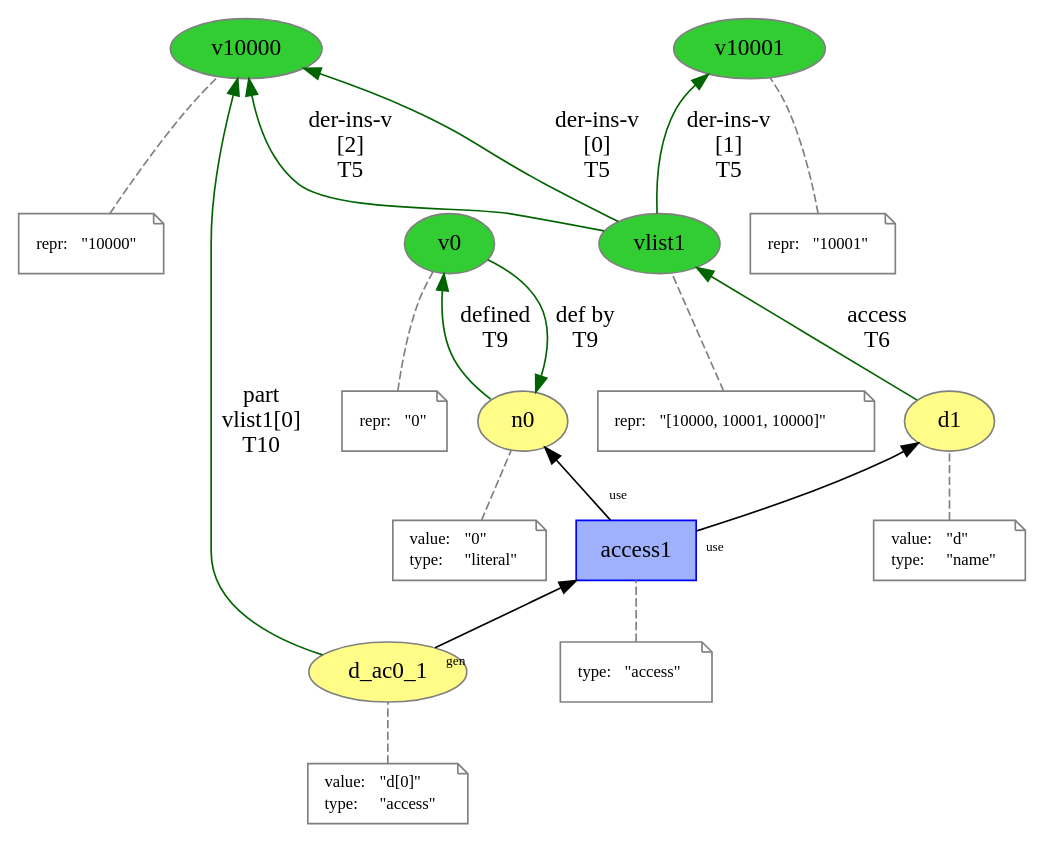
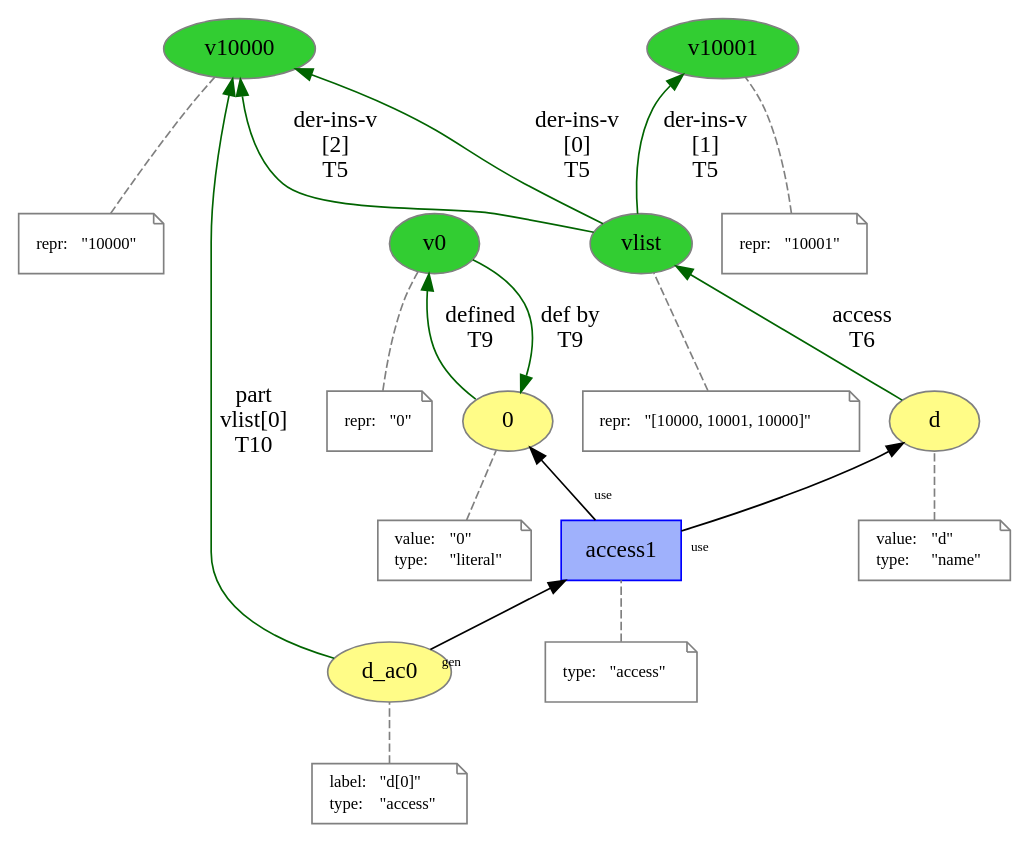
One commit to dew-uff/versioned-prov changed the diagram in mutable_prov/access.dot. Above: the diagram before and after it, drawn with Graphviz. The commit also changed 46 other files, not shown here.

```diff
--- a/mutable_prov/access.dot
+++ b/mutable_prov/access.dot
@@ -1,99 +1,99 @@
 digraph "PROV" { size="16,12"; rankdir="BT";
-"http://example.org/vlist1" [fillcolor="#32CD32",color="#808080",style="filled",label="vlist1",URL="http://example.org/vlist1"]
+"http://example.org/vlist" [fillcolor="#32CD32",color="#808080",style="filled",label="vlist",URL="http://example.org/vlist"]
 "-attrs0" [color="gray",shape="note",fontsize="10",fontcolor="black",label=<<TABLE cellpadding="0" border="0">
 	<TR>
 	    <TD align="left">repr:</TD>
 	    <TD align="left">&quot;[10000, 10001, 10000]&quot;</TD>
 	</TR>
 </TABLE>>]
-"-attrs0" -> "http://example.org/vlist1" [color="gray",style="dashed",arrowhead="none"]
+"-attrs0" -> "http://example.org/vlist" [color="gray",style="dashed",arrowhead="none"]
 "http://example.org/v10000" [fillcolor="#32CD32",color="#808080",style="filled",label="v10000",URL="http://example.org/v10000"]
 "-attrs1" [color="gray",shape="note",fontsize="10",fontcolor="black",label=<<TABLE cellpadding="0" border="0">
 	<TR>
 	    <TD align="left">repr:</TD>
 	    <TD align="left">&quot;10000&quot;</TD>
 	</TR>
 </TABLE>>]
 "-attrs1" -> "http://example.org/v10000" [color="gray",style="dashed",arrowhead="none"]
 "http://example.org/v10001" [fillcolor="#32CD32",color="#808080",style="filled",label="v10001",URL="http://example.org/v10001"]
 "-attrs2" [color="gray",shape="note",fontsize="10",fontcolor="black",label=<<TABLE cellpadding="0" border="0">
 	<TR>
 	    <TD align="left">repr:</TD>
 	    <TD align="left">&quot;10001&quot;</TD>
 	</TR>
 </TABLE>>]
 "-attrs2" -> "http://example.org/v10001" [color="gray",style="dashed",arrowhead="none"]
-"http://example.org/vlist1" -> "http://example.org/v10000" [labelfontsize="8",labeldistance="1.5",color="darkgreen",labelangle="60.0",rotation="20",label="der-ins-v
+"http://example.org/vlist" -> "http://example.org/v10000" [labelfontsize="8",labeldistance="1.5",color="darkgreen",labelangle="60.0",rotation="20",label="der-ins-v
 [0]
 T5"]
-"http://example.org/vlist1" -> "http://example.org/v10001" [labelfontsize="8",labeldistance="1.5",color="darkgreen",labelangle="60.0",rotation="20",label="der-ins-v
+"http://example.org/vlist" -> "http://example.org/v10001" [labelfontsize="8",labeldistance="1.5",color="darkgreen",labelangle="60.0",rotation="20",label="der-ins-v
 [1]
 T5"]
-"http://example.org/vlist1" -> "http://example.org/v10000" [labelfontsize="8",labeldistance="1.5",color="darkgreen",labelangle="60.0",rotation="20",label="der-ins-v
+"http://example.org/vlist" -> "http://example.org/v10000" [labelfontsize="8",labeldistance="1.5",color="darkgreen",labelangle="60.0",rotation="20",label="der-ins-v
 [2]
 T5"]
-"http://example.org/d1" [fillcolor="#FFFC87",color="#808080",style="filled",label="d1",URL="http://example.org/d1"]
+"http://example.org/d" [fillcolor="#FFFC87",color="#808080",style="filled",label="d",URL="http://example.org/d"]
 "-attrs3" [color="gray",shape="note",fontsize="10",fontcolor="black",label=<<TABLE cellpadding="0" border="0">
 	<TR>
 	    <TD align="left">value:</TD>
 	    <TD align="left">&quot;d&quot;</TD>
 	</TR>
 	<TR>
 	    <TD align="left">type:</TD>
 	    <TD align="left">&quot;name&quot;</TD>
 	</TR>
 </TABLE>>]
-"-attrs3" -> "http://example.org/d1" [color="gray",style="dashed",arrowhead="none"]
-"http://example.org/d1" -> "http://example.org/vlist1" [labelfontsize="8",labeldistance="1.5",color="darkgreen",labelangle="60.0",rotation="20",label="access
+"-attrs3" -> "http://example.org/d" [color="gray",style="dashed",arrowhead="none"]
+"http://example.org/d" -> "http://example.org/vlist" [labelfontsize="8",labeldistance="1.5",color="darkgreen",labelangle="60.0",rotation="20",label="access
 T6"]
-"http://example.org/n0" [fillcolor="#FFFC87",color="#808080",style="filled",label="n0",URL="http://example.org/n0"]
+"http://example.org/0" [fillcolor="#FFFC87",color="#808080",style="filled",label="0",URL="http://example.org/0"]
 "-attrs4" [color="gray",shape="note",fontsize="10",fontcolor="black",label=<<TABLE cellpadding="0" border="0">
 	<TR>
 	    <TD align="left">value:</TD>
 	    <TD align="left">&quot;0&quot;</TD>
 	</TR>
 	<TR>
 	    <TD align="left">type:</TD>
 	    <TD align="left">&quot;literal&quot;</TD>
 	</TR>
 </TABLE>>]
-"-attrs4" -> "http://example.org/n0" [color="gray",style="dashed",arrowhead="none"]
+"-attrs4" -> "http://example.org/0" [color="gray",style="dashed",arrowhead="none"]
 "http://example.org/v0" [fillcolor="#32CD32",color="#808080",style="filled",label="v0",URL="http://example.org/v0"]
 "-attrs5" [color="gray",shape="note",fontsize="10",fontcolor="black",label=<<TABLE cellpadding="0" border="0">
 	<TR>
 	    <TD align="left">repr:</TD>
 	    <TD align="left">&quot;0&quot;</TD>
 	</TR>
 </TABLE>>]
 "-attrs5" -> "http://example.org/v0" [color="gray",style="dashed",arrowhead="none"]
-"http://example.org/n0" -> "http://example.org/v0" [labelfontsize="8",labeldistance="1.5",color="darkgreen",labelangle="60.0",rotation="20",label="defined
+"http://example.org/0" -> "http://example.org/v0" [labelfontsize="8",labeldistance="1.5",color="darkgreen",labelangle="60.0",rotation="20",label="defined
 T9"]
-"http://example.org/v0" -> "http://example.org/n0" [labelfontsize="8",labeldistance="1.5",color="darkgreen",labelangle="60.0",rotation="20",label="def by
+"http://example.org/v0" -> "http://example.org/0" [labelfontsize="8",labeldistance="1.5",color="darkgreen",labelangle="60.0",rotation="20",label="def by
 T9"]
-"http://example.org/d_ac0_1" [fillcolor="#FFFC87",color="#808080",style="filled",label="d_ac0_1",URL="http://example.org/d_ac0_1"]
+"http://example.org/d_ac0" [fillcolor="#FFFC87",color="#808080",style="filled",label="d_ac0",URL="http://example.org/d_ac0"]
 "-attrs6" [color="gray",shape="note",fontsize="10",fontcolor="black",label=<<TABLE cellpadding="0" border="0">
 	<TR>
-	    <TD align="left">value:</TD>
+	    <TD align="left">label:</TD>
 	    <TD align="left">&quot;d[0]&quot;</TD>
 	</TR>
 	<TR>
 	    <TD align="left">type:</TD>
 	    <TD align="left">&quot;access&quot;</TD>
 	</TR>
 </TABLE>>]
-"-attrs6" -> "http://example.org/d_ac0_1" [color="gray",style="dashed",arrowhead="none"]
-"http://example.org/d_ac0_1" -> "http://example.org/v10000" [labelfontsize="8",labeldistance="1.5",color="darkgreen",labelangle="60.0",rotation="20",label="part
-vlist1[0]
+"-attrs6" -> "http://example.org/d_ac0" [color="gray",style="dashed",arrowhead="none"]
+"http://example.org/d_ac0" -> "http://example.org/v10000" [labelfontsize="8",labeldistance="1.5",color="darkgreen",labelangle="60.0",rotation="20",label="part
+vlist[0]
 T10"]
 "http://example.org/access1" [fillcolor="#9FB1FC",color="#0000FF",shape="polygon",sides="4",style="filled",label="access1",URL="http://example.org/access1"]
 "-attrs7" [color="gray",shape="note",fontsize="10",fontcolor="black",label=<<TABLE cellpadding="0" border="0">
 	<TR>
 	    <TD align="left">type:</TD>
 	    <TD align="left">&quot;access&quot;</TD>
 	</TR>
 </TABLE>>]
 "-attrs7" -> "http://example.org/access1" [color="gray",style="dashed",arrowhead="none"]
-"http://example.org/access1" -> "http://example.org/d1" [labelfontsize="8",labeldistance="1.5",labelangle="60.0",rotation="20",taillabel="use"]
-"http://example.org/access1" -> "http://example.org/n0" [labelfontsize="8",labeldistance="1.5",labelangle="60.0",rotation="20",taillabel="use"]
-"http://example.org/d_ac0_1" -> "http://example.org/access1" [labelfontsize="8",labeldistance="1.5",labelangle="60.0",rotation="20",taillabel="gen"]
+"http://example.org/access1" -> "http://example.org/d" [labelfontsize="8",labeldistance="1.5",labelangle="60.0",rotation="20",taillabel="use"]
+"http://example.org/access1" -> "http://example.org/0" [labelfontsize="8",labeldistance="1.5",labelangle="60.0",rotation="20",taillabel="use"]
+"http://example.org/d_ac0" -> "http://example.org/access1" [labelfontsize="8",labeldistance="1.5",labelangle="60.0",rotation="20",taillabel="gen"]
 }
```
